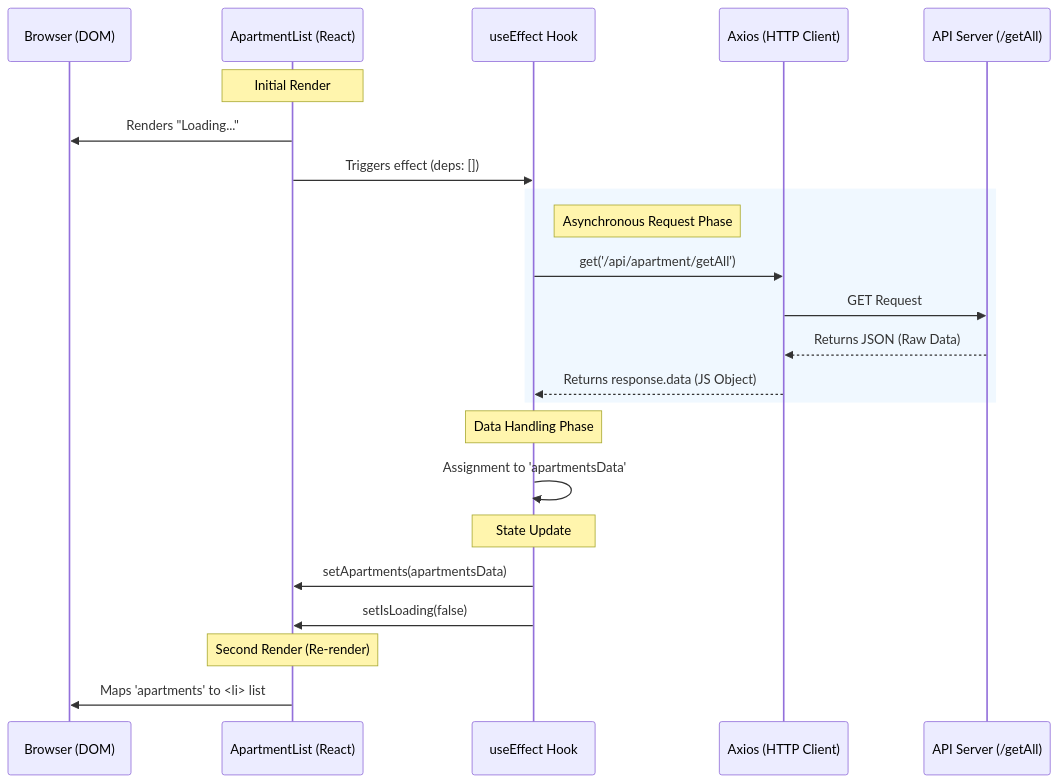
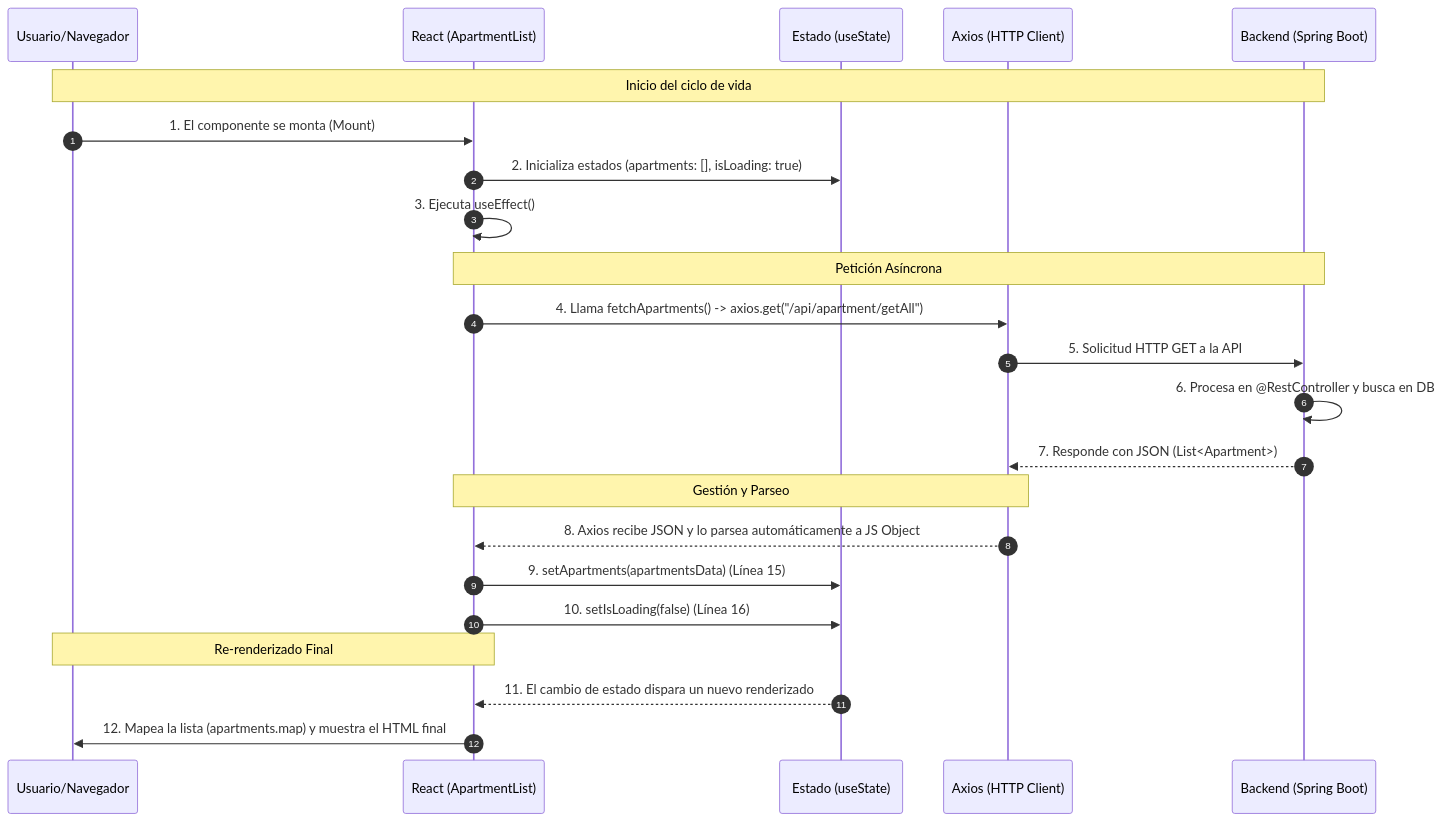
The second of 2 diagrams in response_render_cycle_en.md (alexpjava/ApartmentPredictorAlpy_React_doc), drawn with Mermaid before and after one commit. The commit also changed 1 other file, not shown here.

Commit message:
Refactor data flow diagrams in response_render_cycle documentation for clarity and consistency

````diff
--- a/response_render_cycle_en.md
+++ b/response_render_cycle_en.md
@@ -39,30 +39,29 @@
 ```mermaid
 sequenceDiagram
-    participant Browser as Browser (DOM)
-    participant Component as ApartmentList (React)
-    participant Effect as useEffect Hook
-    participant Axios as Axios (HTTP Client)
-    participant API as API Server (/getAll)
+    autonumber
+    participant U as Usuario/Navegador
+    participant R as React (ApartmentList)
+    participant S as Estado (useState)
+    participant A as Axios (HTTP Client)
+    participant B as Backend (Spring Boot)
 
-    Note over Component: Initial Render
-    Component->>Browser: Renders "Loading..."
-    Component->>Effect: Triggers effect (deps: [])
+    Note over U, B: Inicio del ciclo de vida
+    U->>R: 1. El componente se monta (Mount)
+    R->>S: 2. Inicializa estados (apartments: [], isLoading: true)
+    R->>R: 3. Ejecuta useEffect()
     
-    rect rgb(240, 248, 255)
-    Note right of Effect: Asynchronous Request Phase
-    Effect->>Axios: get('/api/apartment/getAll')
-    Axios->>API: GET Request
-    API-->>Axios: Returns JSON (Raw Data)
-    Axios-->>Effect: Returns response.data (JS Object)
-    end
-
-    Note over Effect: Data Handling Phase
-    Effect->>Effect: Assignment to 'apartmentsData'
+    Note over R, B: Petición Asíncrona
+    R->>A: 4. Llama fetchApartments() -> axios.get("/api/apartment/getAll")
+    A->>B: 5. Solicitud HTTP GET a la API
+    B->>B: 6. Procesa en @RestController y busca en DB
+    B-->>A: 7. Responde con JSON (List<Apartment>)
     
-    Note over Effect: State Update
-    Effect->>Component: setApartments(apartmentsData)
-    Effect->>Component: setIsLoading(false)
+    Note over A, R: Gestión y Parseo
+    A-->>R: 8. Axios recibe JSON y lo parsea automáticamente a JS Object
+    R->>S: 9. setApartments(apartmentsData) (Línea 15)
+    R->>S: 10. setIsLoading(false) (Línea 16)
     
-    Note over Component: Second Render (Re-render)
-    Component->>Browser: Maps 'apartments' to <li> list
+    Note over R, U: Re-renderizado Final
+    S-->>R: 11. El cambio de estado dispara un nuevo renderizado
+    R->>U: 12. Mapea la lista (apartments.map) y muestra el HTML final
 ```
````
